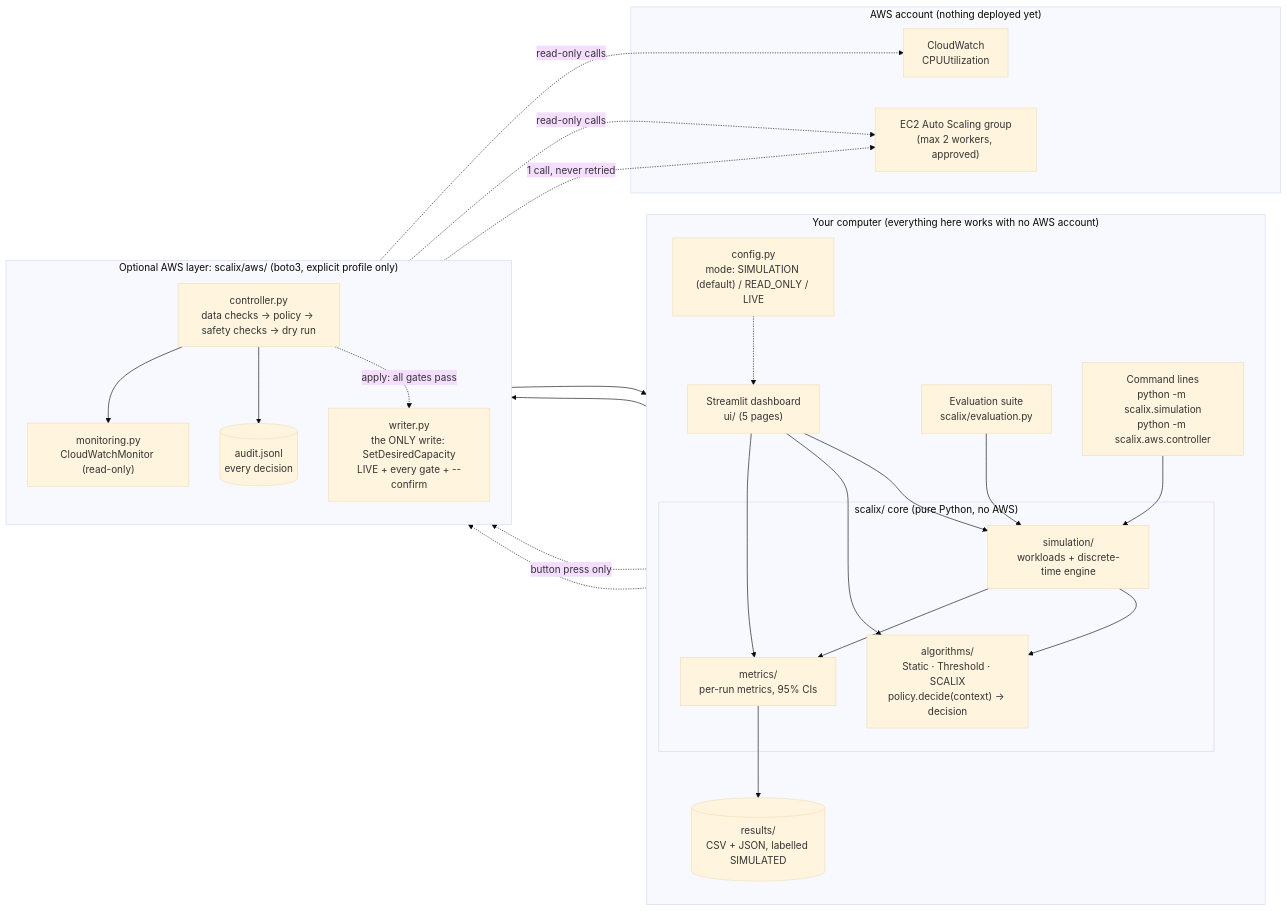
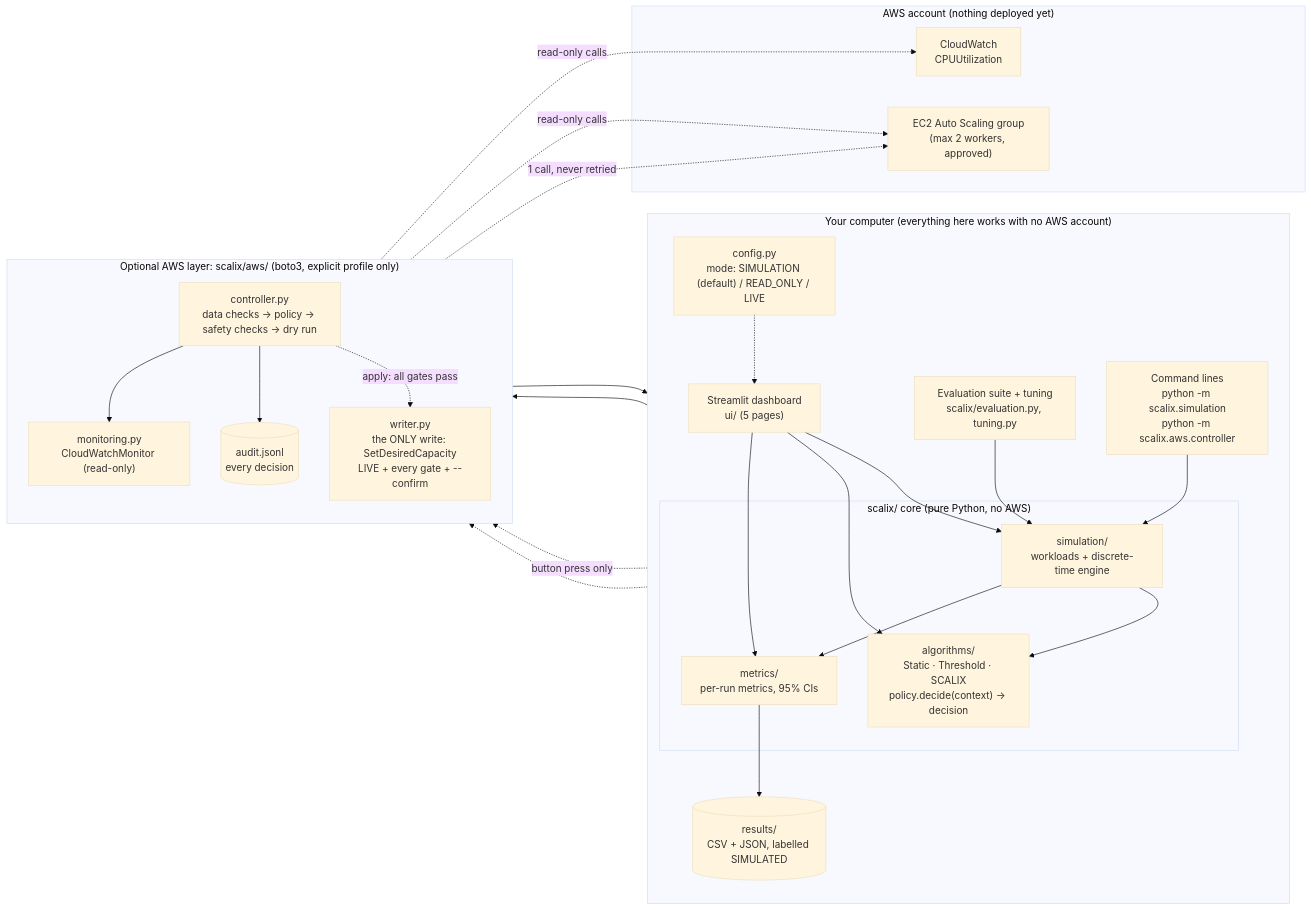
One commit to anwesha-dash746/Scalix changed the diagram in docs/SYSTEM_ARCHITECTURE.md. Above: the diagram before and after it, drawn with Mermaid (base theme). The commit also changed other lines of this file and 91 other files, not shown here.

````diff
--- a/docs/SYSTEM_ARCHITECTURE.md
+++ b/docs/SYSTEM_ARCHITECTURE.md
@@ -7,41 +7,41 @@
 ```mermaid
 flowchart LR
     subgraph local["Your computer (everything here works with no AWS account)"]
         direction TB
         UI["Streamlit dashboard<br/>ui/ (5 pages)"]
-        EVAL["Evaluation suite<br/>scalix/evaluation.py"]
+        EVAL["Evaluation suite + tuning<br/>scalix/evaluation.py, tuning.py"]
         CLI["Command lines<br/>python -m scalix.simulation<br/>python -m scalix.aws.controller"]
         subgraph core["scalix/ core (pure Python, no AWS)"]
             ALG["algorithms/<br/>Static · Threshold · SCALIX<br/>policy.decide(context) -> decision"]
             SIM["simulation/<br/>workloads + discrete-time engine"]
             MET["metrics/<br/>per-run metrics, 95% CIs"]
         end
         CFG["config.py<br/>mode: SIMULATION (default) / READ_ONLY / LIVE"]
         OUT[("results/<br/>CSV + JSON, labelled SIMULATED")]
     end
     subgraph optional["Optional AWS layer: scalix/aws/ (boto3, explicit profile only)"]
         direction TB
         MON["monitoring.py<br/>CloudWatchMonitor (read-only)"]
         CTL["controller.py<br/>data checks -> policy -> safety checks -> dry run"]
         WR["writer.py<br/>the ONLY write: SetDesiredCapacity<br/>LIVE + every gate + --confirm"]
         AUD[("audit.jsonl<br/>every decision")]
     end
     subgraph aws["AWS account (nothing deployed yet)"]
         CW["CloudWatch<br/>CPUUtilization"]
         ASG["EC2 Auto Scaling group<br/>(max 2 workers, approved)"]
     end
 
     UI --> SIM & ALG & MET
     EVAL --> SIM --> ALG
     SIM --> MET --> OUT
     CLI --> SIM
     CLI --> CTL
     UI -. "button press only" .-> MON
     CTL --> MON
     CTL --> ALG
     CTL --> AUD
     CTL -. "apply: all gates pass" .-> WR
     MON -. "read-only calls" .-> CW & ASG
     WR -. "1 call, never retried" .-> ASG
     CFG -.-> UI & CTL
 ```
````
